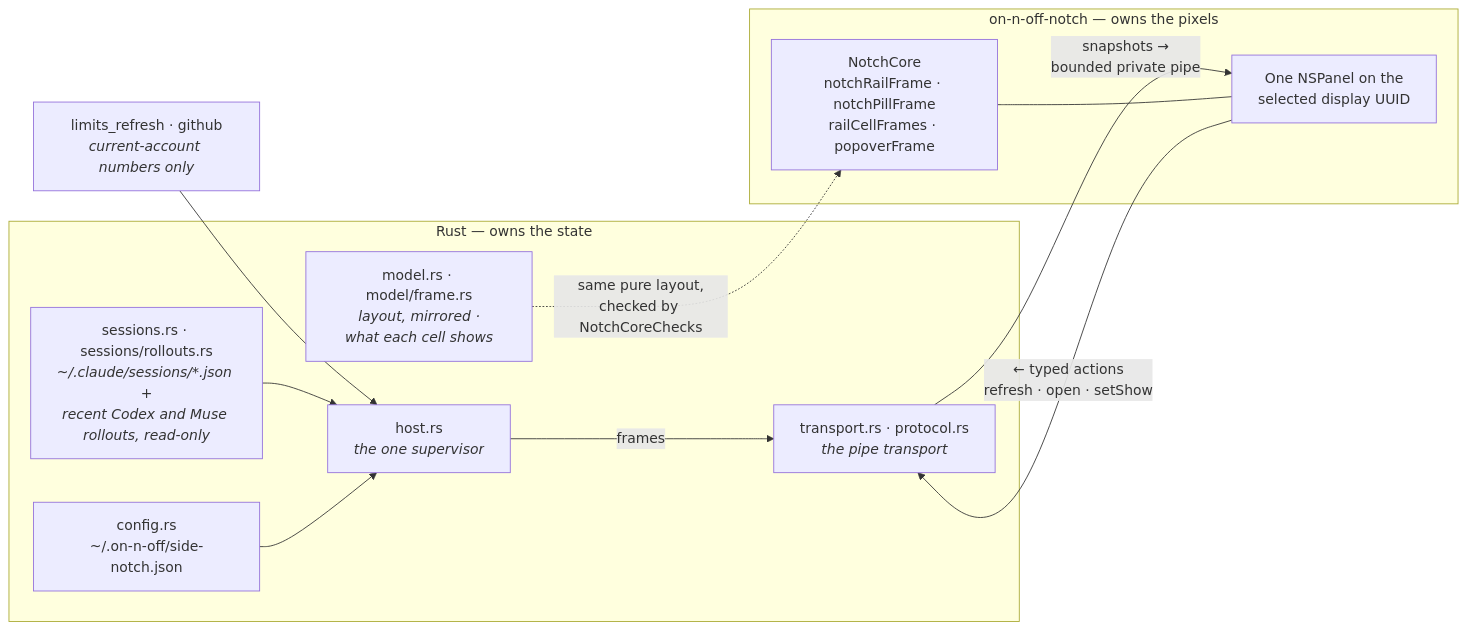
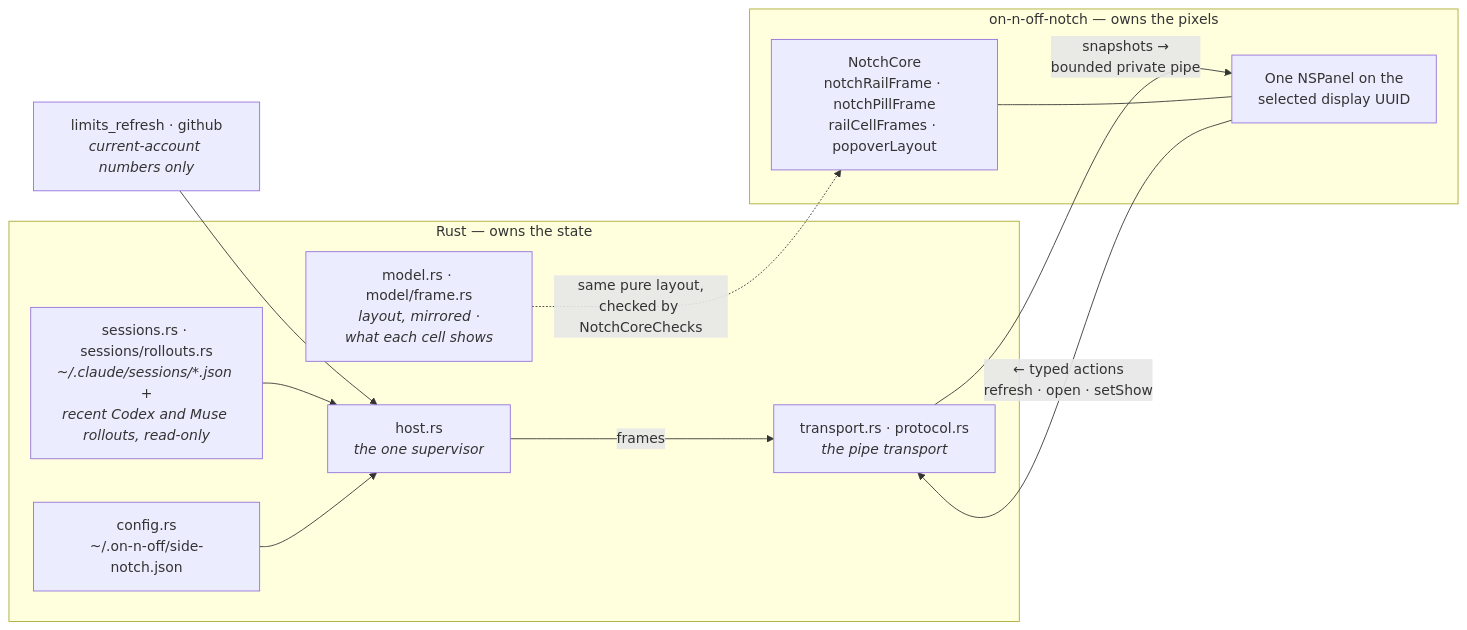
One commit to giostriquer/on-n-off changed the diagram in docs/architecture/side-notch.md. Above: the diagram before and after it, drawn with Mermaid. The commit also changed other lines of this file and 27 other files, not shown here.

````diff
--- a/docs/architecture/side-notch.md
+++ b/docs/architecture/side-notch.md
@@ -201,26 +203,26 @@
 ```mermaid
 flowchart LR
     subgraph rust["Rust — owns the state"]
         cfg["config.rs<br/>~/.on-n-off/side-notch.json"]
         host["host.rs<br/><i>the one supervisor</i>"]
         pipe["transport.rs · protocol.rs<br/><i>the pipe transport</i>"]
         sess["sessions.rs · sessions/rollouts.rs<br/><i>~/.claude/sessions/*.json +<br/>recent Codex and Muse rollouts, read-only</i>"]
         model["model.rs · model/frame.rs<br/><i>layout, mirrored ·<br/>what each cell shows</i>"]
     end
 
     subgraph helper["on-n-off-notch — owns the pixels"]
-        core["NotchCore<br/>notchRailFrame · notchPillFrame<br/>railCellFrames · popoverFrame"]
+        core["NotchCore<br/>notchRailFrame · notchPillFrame<br/>railCellFrames · popoverLayout"]
         panel["One NSPanel on the<br/>selected display UUID"]
     end
 
     reads["limits_refresh · github<br/><i>current-account numbers only</i>"]
 
     reads --> host
     sess --> host
     cfg --> host
     host -->|frames| pipe
     pipe -->|"snapshots →<br/>bounded private pipe"| panel
     panel -->|"← typed actions<br/>refresh · open · setShow"| pipe
     core --- panel
     model -.->|"same pure layout,<br/>checked by NotchCoreChecks"| core
 ```
````
